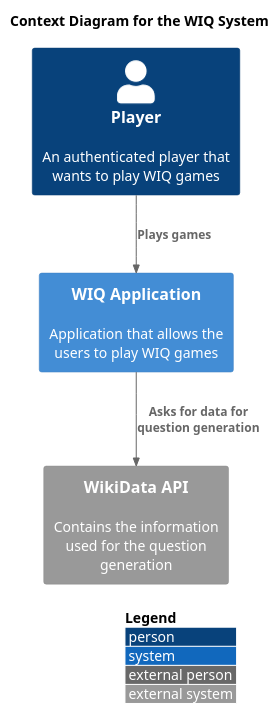
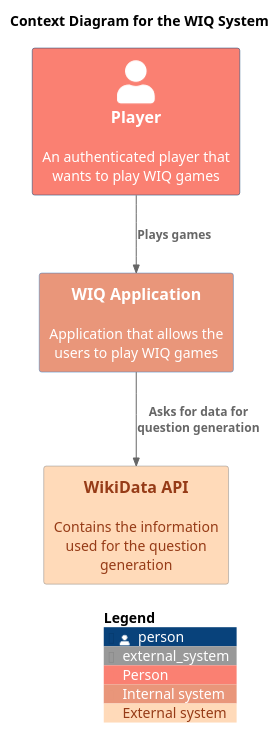
Before and after one commit to Arquisoft/wiq_en2b: the diagram in docs/diagrams/BusinessContextDiagram.puml, drawn with PlantUML. The commit also changed 2 other files, not shown here.

Commit message:
docs: business context diagram

```diff
--- a/docs/diagrams/BusinessContextDiagram.puml
+++ b/docs/diagrams/BusinessContextDiagram.puml
@@ -1,18 +1,24 @@
 @startuml
 !includeurl https://raw.githubusercontent.com/RicardoNiepel/C4-PlantUML/master/C4_Container.puml
 !include <c4/C4_Context.puml>
 
 title Context Diagram for the WIQ System
-LAYOUT_WITH_LEGEND()
+AddElementTag("Person", $bgColor="#salmon", $fontColor="#white")
+AddElementTag("Internal system", $bgColor="#darksalmon", $fontColor="#white")
+AddElementTag("External system", $bgColor="#peachpuff", $fontColor="#963b17")
+
+AddRelTag("backup", $textColor="orange", $lineColor="orange", $lineStyle = DashedLine())
+
 
 'Containers
-Person(player, Player,"An authenticated player that wants to play WIQ games")
+Person(player, Player,"An authenticated player that wants to play WIQ games", $tags="Person")
 
-Container(wiq, "WIQ Application","", "Application that allows the users to play WIQ games")
+Container(wiq, "WIQ Application","", "Application that allows the users to play WIQ games", $tags="Internal system")
 
-System_Ext(wikidata,"WikiData API","Contains the information used for the question generation")
+System_Ext(wikidata,"WikiData API","Contains the information used for the question generation", $tags="External system")
 
 'RELATIONS
 Rel(player,wiq,"Plays games")
 Rel(wiq,wikidata,"Asks for data for question generation")
+SHOW_LEGEND()
 @enduml
```
